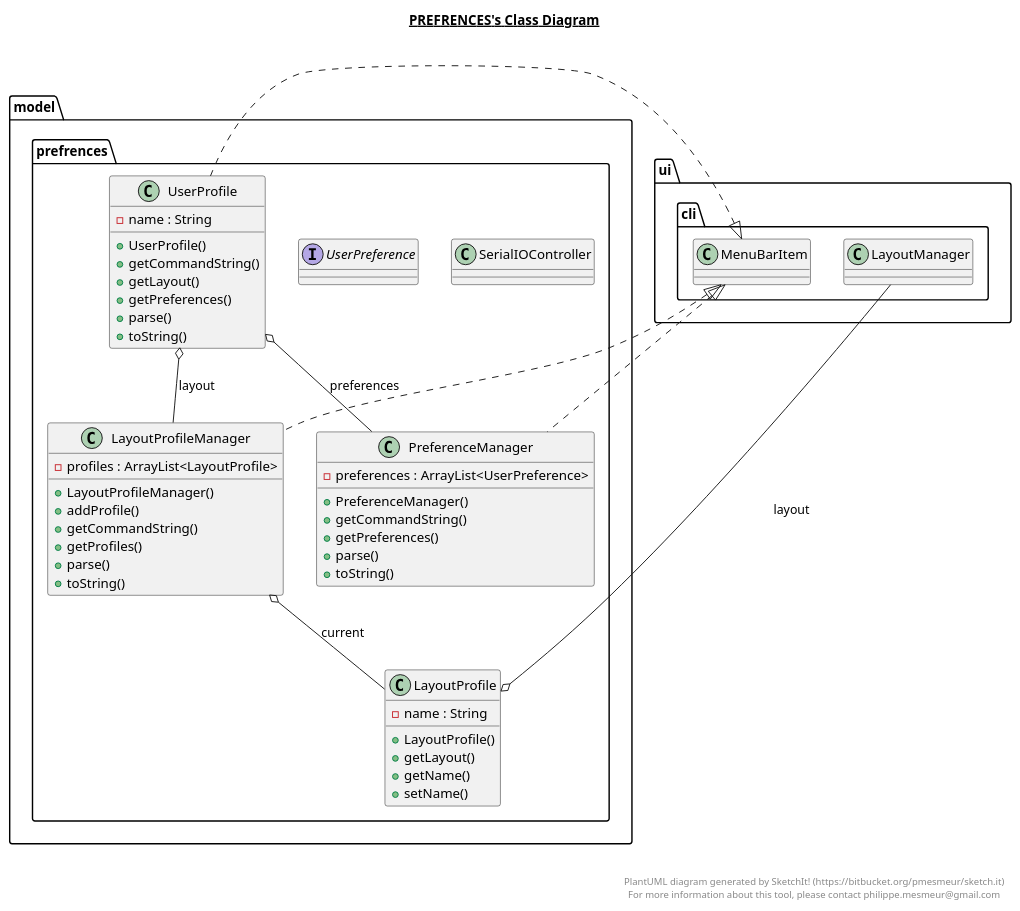
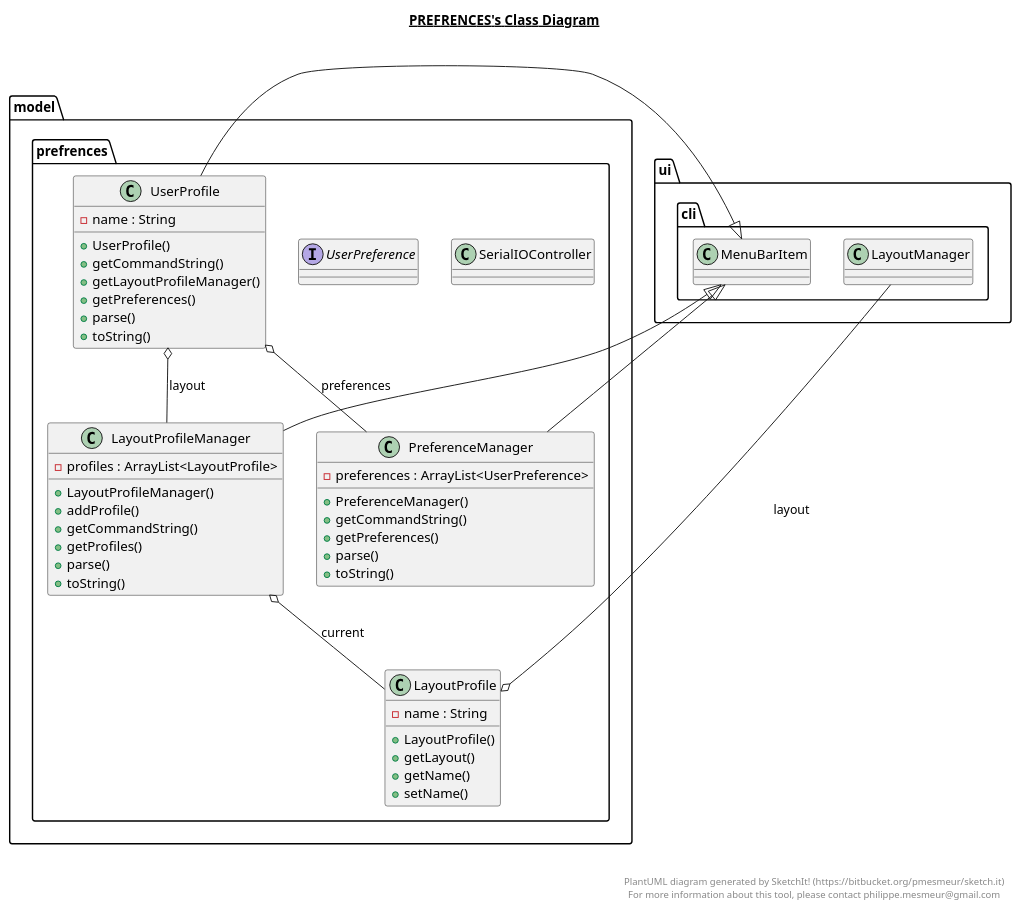
Before and after one commit to Bryce-MW/WikidataExplorer: the diagram in src/main/model/prefrences/prefrences.plantuml, drawn with PlantUML. The commit also changed 8 other files, not shown here.

```diff
--- a/src/main/model/prefrences/prefrences.plantuml
+++ b/src/main/model/prefrences/prefrences.plantuml
@@ -1,82 +1,82 @@
 @startuml
 
 title __PREFRENCES's Class Diagram__\n
 
   namespace model.prefrences {
     class model.prefrences.LayoutProfile {
         - name : String
         + LayoutProfile()
         + getLayout()
         + getName()
         + setName()
     }
   }
   
 
   namespace model.prefrences {
     class model.prefrences.LayoutProfileManager {
         - profiles : ArrayList<LayoutProfile>
         + LayoutProfileManager()
         + addProfile()
         + getCommandString()
         + getProfiles()
         + parse()
         + toString()
     }
   }
   
 
   namespace model.prefrences {
     class model.prefrences.PreferenceManager {
         - preferences : ArrayList<UserPreference>
         + PreferenceManager()
         + getCommandString()
         + getPreferences()
         + parse()
         + toString()
     }
   }
   
 
   namespace model.prefrences {
     class model.prefrences.SerialIOController {
     }
   }
   
 
   namespace model.prefrences {
     interface model.prefrences.UserPreference {
     }
   }
   
 
   namespace model.prefrences {
     class model.prefrences.UserProfile {
         - name : String
         + UserProfile()
         + getCommandString()
-        + getLayout()
+        + getLayoutProfileManager()
         + getPreferences()
         + parse()
         + toString()
     }
   }
   
 
   model.prefrences.LayoutProfile o-- ui.cli.LayoutManager : layout
-  model.prefrences.LayoutProfileManager .up.|> ui.cli.MenuBarItem
+  model.prefrences.LayoutProfileManager -up-|> ui.cli.MenuBarItem
   model.prefrences.LayoutProfileManager o-- model.prefrences.LayoutProfile : current
-  model.prefrences.PreferenceManager .up.|> ui.cli.MenuBarItem
-  model.prefrences.UserProfile .up.|> ui.cli.MenuBarItem
+  model.prefrences.PreferenceManager -up-|> ui.cli.MenuBarItem
+  model.prefrences.UserProfile -up-|> ui.cli.MenuBarItem
   model.prefrences.UserProfile o-- model.prefrences.LayoutProfileManager : layout
   model.prefrences.UserProfile o-- model.prefrences.PreferenceManager : preferences
 
 
 right footer
 
 
 PlantUML diagram generated by SketchIt! (https://bitbucket.org/pmesmeur/sketch.it)
 For more information about this tool, please contact philippe.mesmeur@gmail.com
 endfooter
 
 @enduml
```
